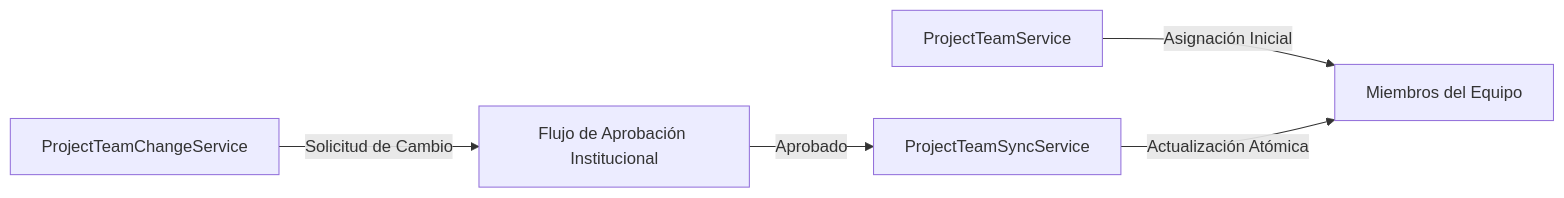
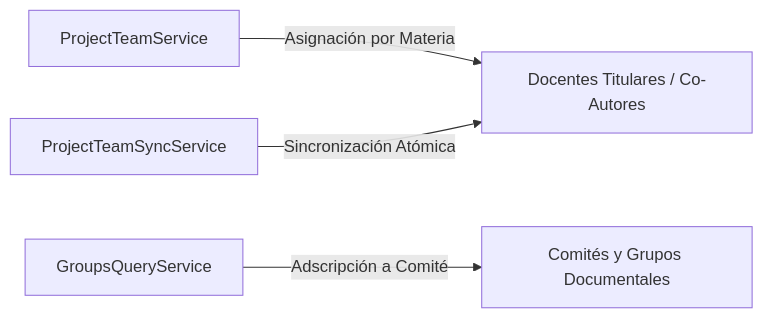
Before and after one commit to JorgeDoicela/dosier: the second of 2 diagrams in docs/documentacion/02-backend-servicios/04-workflow-proyectos-y-trl.md, drawn with Mermaid. The commit also changed other lines of this file and 29 other files, not shown here.

````diff
--- a/docs/documentacion/02-backend-servicios/04-workflow-proyectos-y-trl.md
+++ b/docs/documentacion/02-backend-servicios/04-workflow-proyectos-y-trl.md
@@ -38,7 +42,6 @@
 ```mermaid
 graph LR
-    TeamService[ProjectTeamService] -->|Asignación Inicial| TeamMembers[Miembros del Equipo]
-    ChangeService[ProjectTeamChangeService] -->|Solicitud de Cambio| ApprovalFlow[Flujo de Aprobación Institucional]
-    ApprovalFlow -->|Aprobado| SyncService[ProjectTeamSyncService]
-    SyncService -->|Actualización Atómica| TeamMembers
+    TeamService[ProjectTeamService] -->|Asignación por Materia| TeamMembers[Docentes Titulares / Co-Autores]
+    GroupService[GroupsQueryService] -->|Adscripción a Comité| Comites[Comités y Grupos Documentales]
+    SyncService[ProjectTeamSyncService] -->|Sincronización Atómica| TeamMembers
 ```
````
